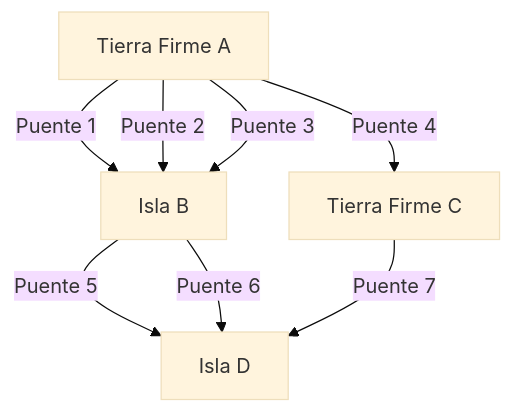
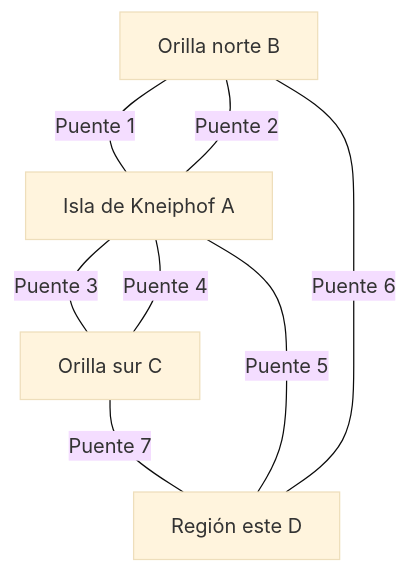
One commit to djaimej/computer-science-template changed the diagram in public/documents/semester-2/3/2341.md. Above: the diagram before and after it, drawn with Mermaid (base theme). The commit also changed other lines of this file and 38 other files, not shown here.

````diff
--- a/public/documents/semester-2/3/2341.md
+++ b/public/documents/semester-2/3/2341.md
@@ -21,10 +23,10 @@
 ```mermaid
 graph TD
-    A[Tierra Firme A] -->|Puente 1| B[Isla B]
-    A -->|Puente 2| B
-    A -->|Puente 3| B
-    A -->|Puente 4| C[Tierra Firme C]
-    B -->|Puente 5| D[Isla D]
-    B -->|Puente 6| D
-    C -->|Puente 7| D
+    B[Orilla norte B] ---|Puente 1| A[Isla de Kneiphof A]
+    B ---|Puente 2| A
+    A ---|Puente 3| C[Orilla sur C]
+    A ---|Puente 4| C
+    A ---|Puente 5| D[Región este D]
+    B ---|Puente 6| D
+    C ---|Puente 7| D
 ```
````
